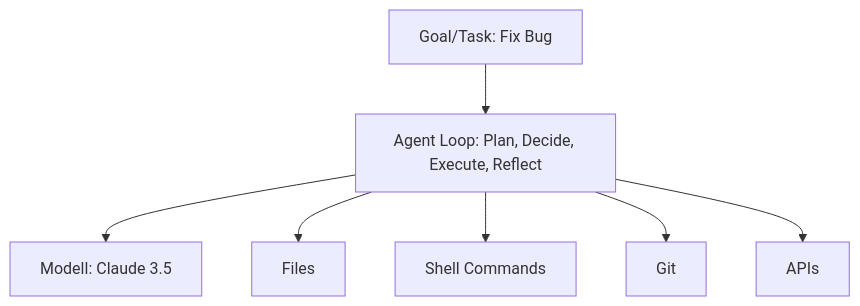
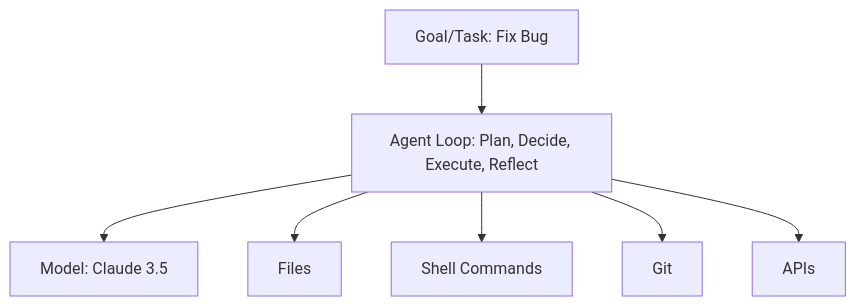
The fifth of 5 diagrams in 01-agentic-foundations/model-vs-agent.md (soenkelange/ai-lab-3-agentic-programming), drawn with Mermaid before and after one commit. The commit also changed other lines of this file and 31 other files, not shown here.

````diff
--- a/01-agentic-foundations/model-vs-agent.md
+++ b/01-agentic-foundations/model-vs-agent.md
@@ -120,9 +120,9 @@
 ```mermaid
 flowchart TD
         A[Goal/Task: Fix Bug] --> B[Agent Loop: Plan, Decide, Execute, Reflect]
-        B --> C[Modell: Claude 3.5]
+        B --> C[Model: Claude 3.5]
         B --> D[Files]
         B --> E[Shell Commands]
         B --> F[Git]
         B --> G[APIs]
 ```
````
